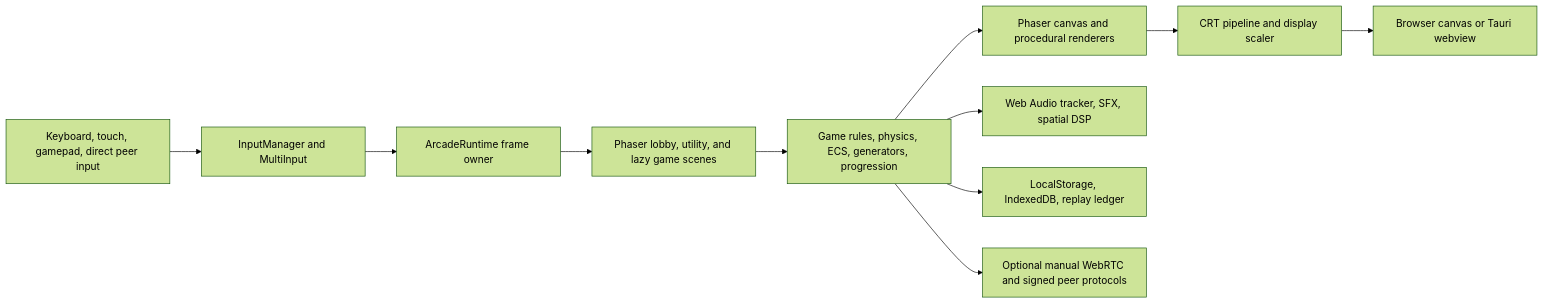
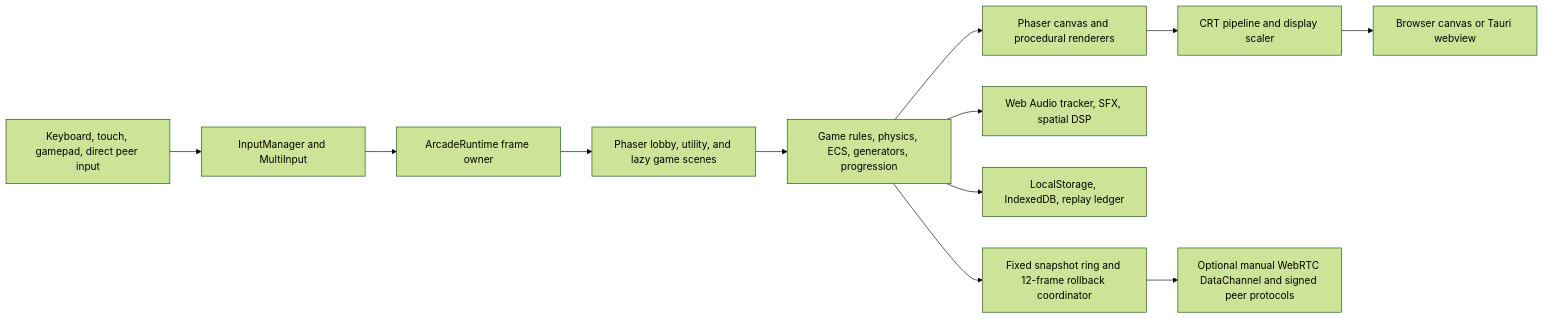
One commit to BiosSystem/retro-game-replicas changed the diagram in docs/ARCHITECTURE.md. Above: the diagram before and after it, drawn with Mermaid (forest theme). The commit also changed other lines of this file and 14 other files, not shown here.

````diff
--- a/docs/ARCHITECTURE.md
+++ b/docs/ARCHITECTURE.md
@@ -9,13 +9,14 @@
 ```mermaid
 flowchart LR
   Player[Keyboard, touch, gamepad, direct peer input] --> Input[InputManager and MultiInput]
   Input --> Runtime[ArcadeRuntime frame owner]
   Runtime --> Scenes[Phaser lobby, utility, and lazy game scenes]
   Scenes --> Logic[Game rules, physics, ECS, generators, progression]
   Logic --> Render[Phaser canvas and procedural renderers]
   Render --> CRT[CRT pipeline and display scaler]
   CRT --> Display[Browser canvas or Tauri webview]
   Logic --> Audio[Web Audio tracker, SFX, spatial DSP]
   Logic --> State[LocalStorage, IndexedDB, replay ledger]
-  Logic --> Peer[Optional manual WebRTC and signed peer protocols]
+  Logic --> Rollback[Fixed snapshot ring and 12-frame rollback coordinator]
+  Rollback --> Peer[Optional manual WebRTC DataChannel and signed peer protocols]
 ```
````
